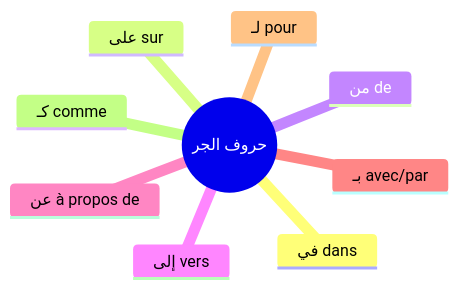
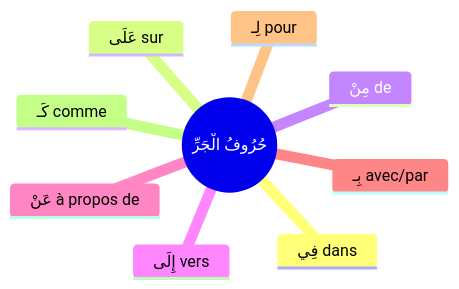
The diagram in content/Huruf Al-Jar - Prepositions.md (ClaudeMKA/obsidian-arabe), drawn with Mermaid before and after one commit. The commit also changed other lines of this file and 27 other files, not shown here.

````diff
--- a/content/Huruf Al-Jar - Prepositions.md
+++ b/content/Huruf Al-Jar - Prepositions.md
@@ -8,12 +8,12 @@
 ```mermaid
 mindmap
-  root((حروف الجر))
-    في dans
-    على sur
-    من de
-    إلى vers
-    عن à propos de
-    بـ avec/par
-    لـ pour
-    كـ comme
+  root((حُرُوفُ الْجَرِّ))
+    فِي dans
+    عَلَى sur
+    مِنْ de
+    إِلَى vers
+    عَنْ à propos de
+    بِـ avec/par
+    لِـ pour
+    كَـ comme
 ```
````
